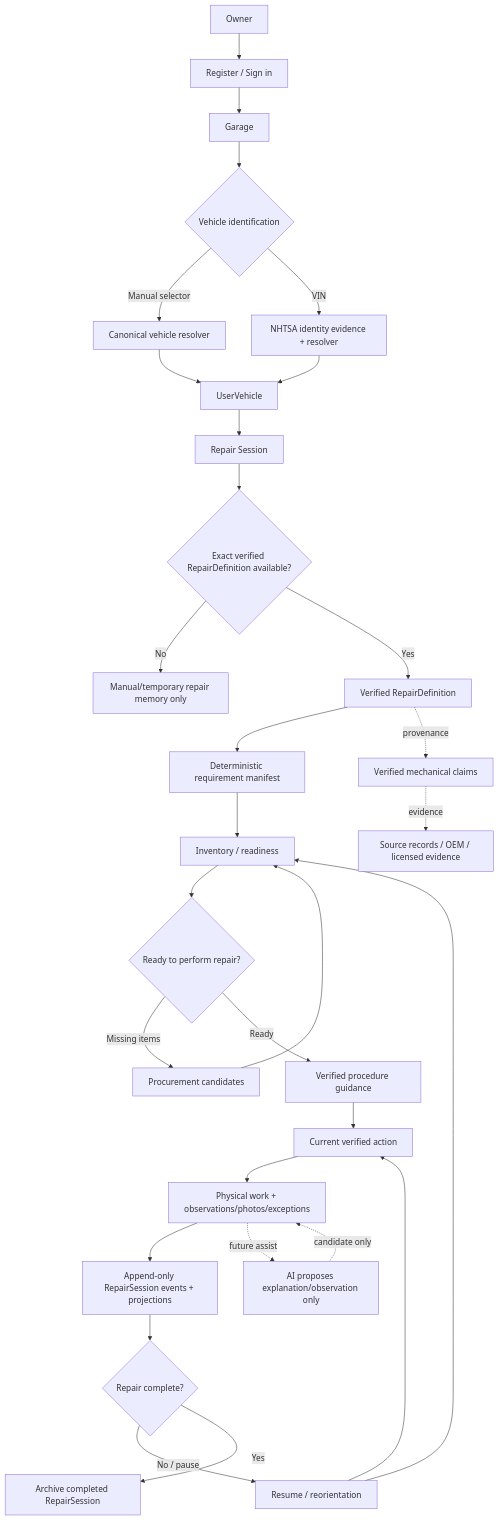
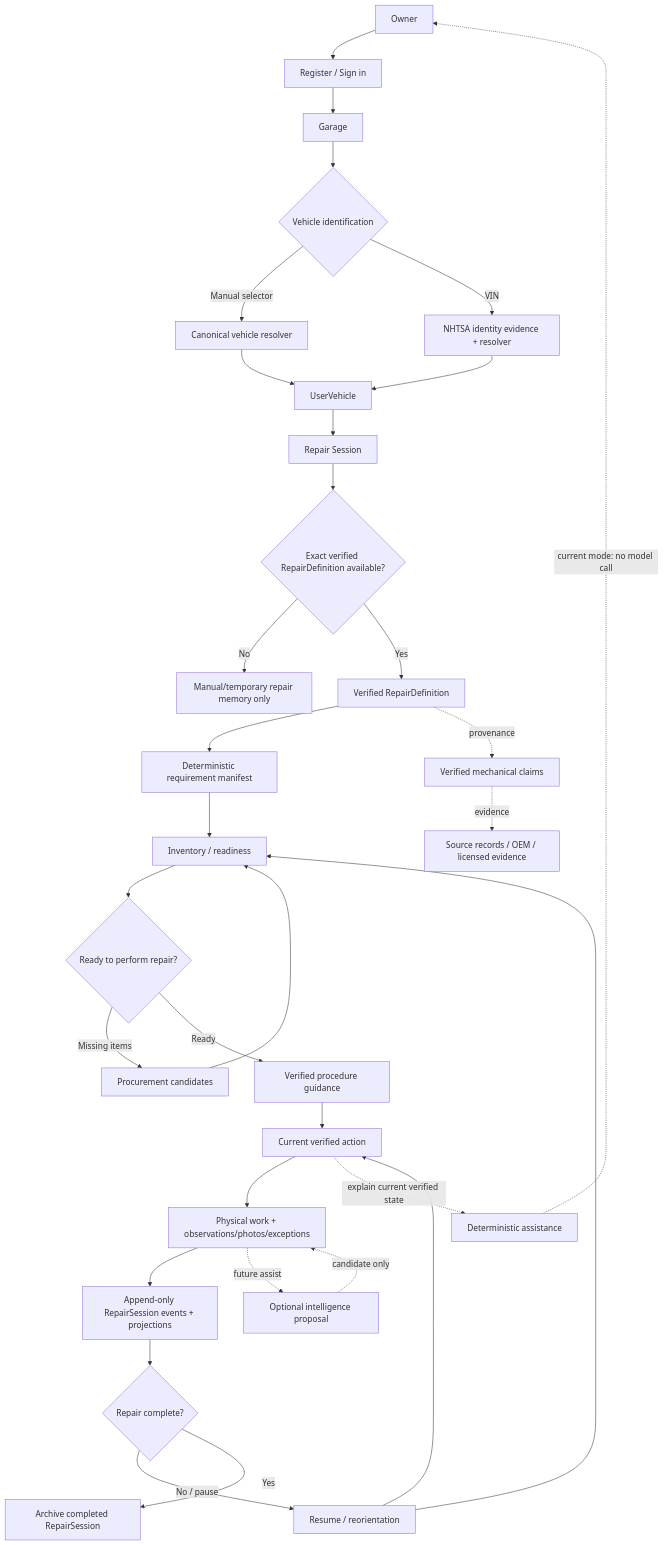
The first of 10 diagrams in docs/PARTGRAPH_SYSTEM_UML.md (Vivek-k24/forgebridge-demo), drawn with Mermaid before and after one commit. The commit also changed other lines of this file, not shown here.

Commit message:
Document assistance and intelligence ownership boundary

````diff
--- a/docs/PARTGRAPH_SYSTEM_UML.md
+++ b/docs/PARTGRAPH_SYSTEM_UML.md
@@ -15,36 +15,38 @@
 ```mermaid
 flowchart TD
     U[Owner] --> AUTH[Register / Sign in]
     AUTH --> GARAGE[Garage]
     GARAGE --> IDENTIFY{Vehicle identification}
     IDENTIFY -->|Manual selector| SELECT[Canonical vehicle resolver]
     IDENTIFY -->|VIN| VIN[NHTSA identity evidence + resolver]
     SELECT --> UV[UserVehicle]
     VIN --> UV
 
     UV --> RS[Repair Session]
     RS --> BIND{Exact verified RepairDefinition available?}
     BIND -->|No| MANUAL[Manual/temporary repair memory only]
     BIND -->|Yes| RD[Verified RepairDefinition]
 
     RD --> MANIFEST[Deterministic requirement manifest]
     MANIFEST --> READY[Inventory / readiness]
     READY --> HAVE{Ready to perform repair?}
     HAVE -->|Missing items| PROCURE[Procurement candidates]
     PROCURE --> READY
     HAVE -->|Ready| PROCEDURE[Verified procedure guidance]
 
     PROCEDURE --> ACTION[Current verified action]
     ACTION --> OBSERVE[Physical work + observations/photos/exceptions]
     OBSERVE --> STATE[Append-only RepairSession events + projections]
     STATE --> DONE{Repair complete?}
     DONE -->|No / pause| RESUME[Resume / reorientation]
     RESUME --> READY
     RESUME --> ACTION
     DONE -->|Yes| ARCHIVE[Archive completed RepairSession]
 
     RD -. provenance .-> CLAIMS[Verified mechanical claims]
     CLAIMS -. evidence .-> SOURCES[Source records / OEM / licensed evidence]
-    OBSERVE -. future assist .-> AI[AI proposes explanation/observation only]
-    AI -. candidate only .-> OBSERVE
+    ACTION -. explain current verified state .-> ASSIST[Deterministic assistance]
+    ASSIST -. current mode: no model call .-> U
+    OBSERVE -. future assist .-> INTEL[Optional intelligence proposal]
+    INTEL -. candidate only .-> OBSERVE
 ```
````
